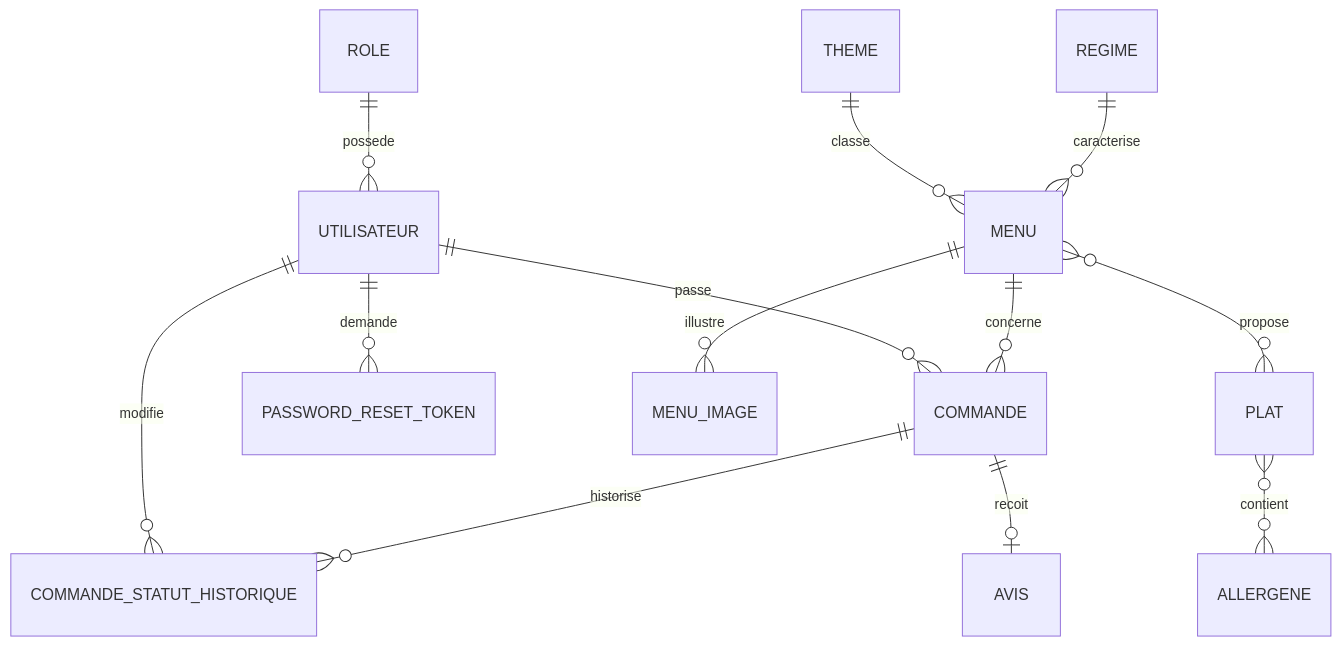
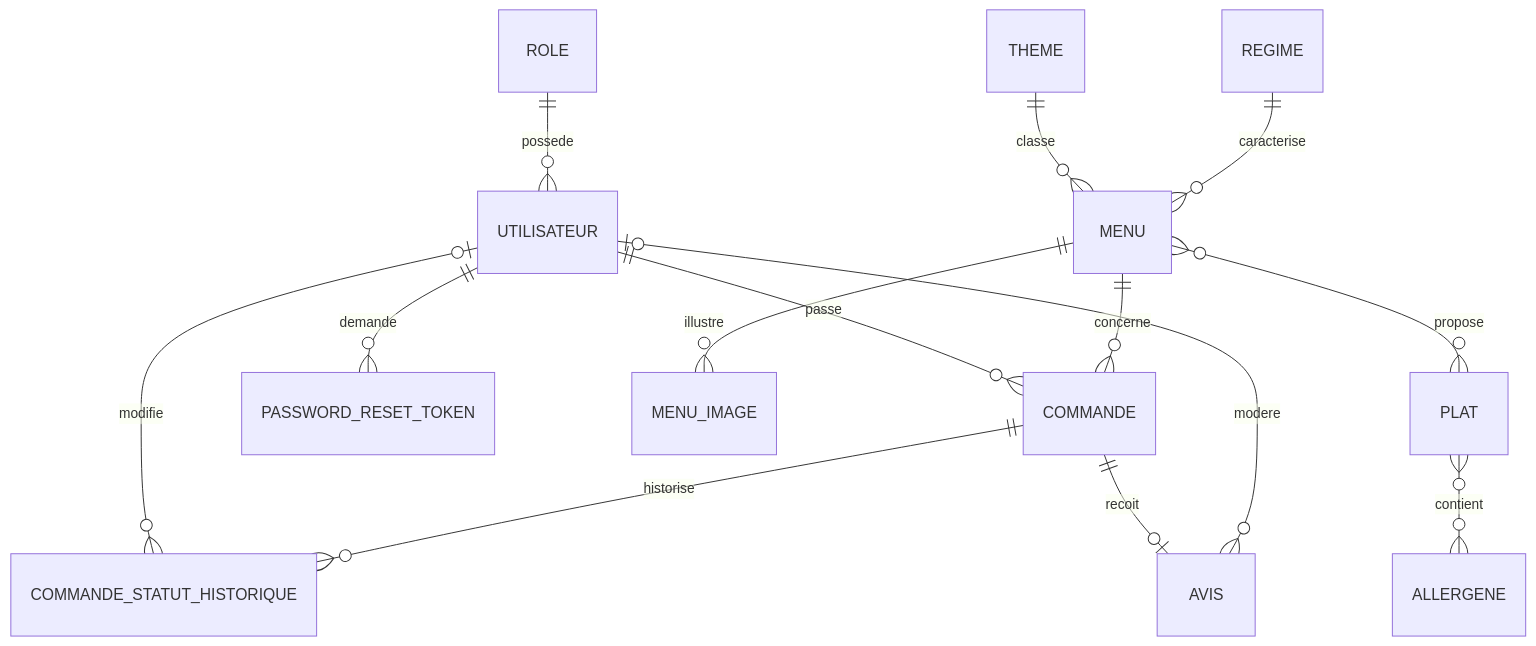
One commit to Bucky8544/vite-gourmand changed the diagram in docs/mcd.md. Above: the diagram before and after it, drawn with Mermaid. The commit also changed other lines of this file and 2 other files, not shown here.

````diff
--- a/docs/mcd.md
+++ b/docs/mcd.md
@@ -3,15 +3,16 @@
 ```mermaid
 erDiagram
   ROLE ||--o{ UTILISATEUR : possede
   UTILISATEUR ||--o{ COMMANDE : passe
   UTILISATEUR ||--o{ PASSWORD_RESET_TOKEN : demande
-  UTILISATEUR ||--o{ COMMANDE_STATUT_HISTORIQUE : modifie
+  UTILISATEUR |o--o{ COMMANDE_STATUT_HISTORIQUE : modifie
   MENU ||--o{ COMMANDE : concerne
   COMMANDE ||--o{ COMMANDE_STATUT_HISTORIQUE : historise
   COMMANDE ||--o| AVIS : recoit
+  UTILISATEUR |o--o{ AVIS : modere
   THEME ||--o{ MENU : classe
   REGIME ||--o{ MENU : caracterise
   MENU ||--o{ MENU_IMAGE : illustre
   MENU }o--o{ PLAT : propose
   PLAT }o--o{ ALLERGENE : contient
 ```
````
